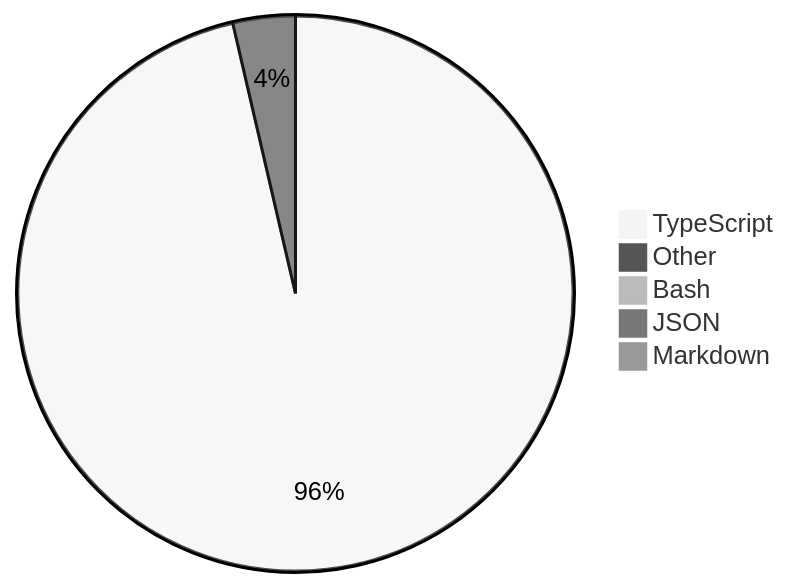
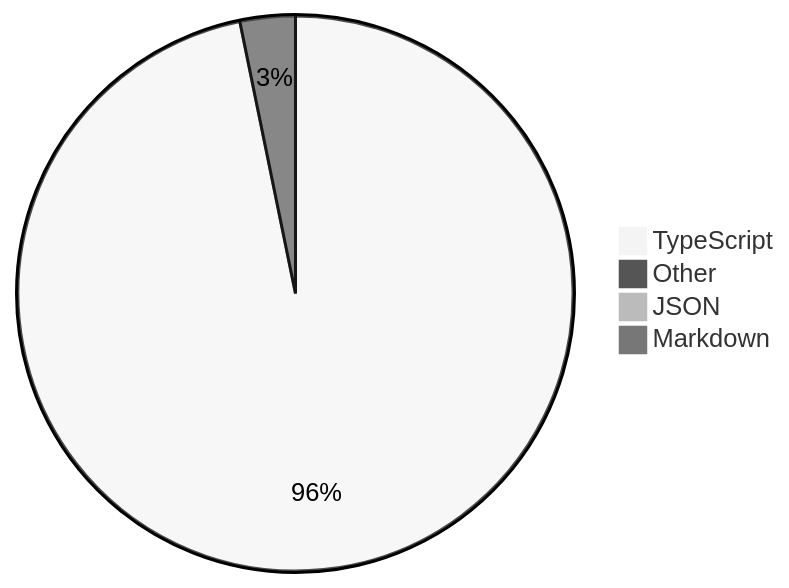
Before and after one commit to skvggor/skvggor: the diagram in README.md, drawn with Mermaid (neutral theme).

Commit message:
Updated waka-readme graph with new metrics

````diff
--- a/README.md
+++ b/README.md
@@ -28,8 +28,7 @@
 ```mermaid
 pie
-    "TypeScript" : 95.6
-    "Other" : 3.6
-    "Bash" : 0.4
-    "JSON" : 0.4
+    "TypeScript" : 96.4
+    "Other" : 3.2
+    "JSON" : 0.3
     "Markdown" : 0.1
 ```
````
